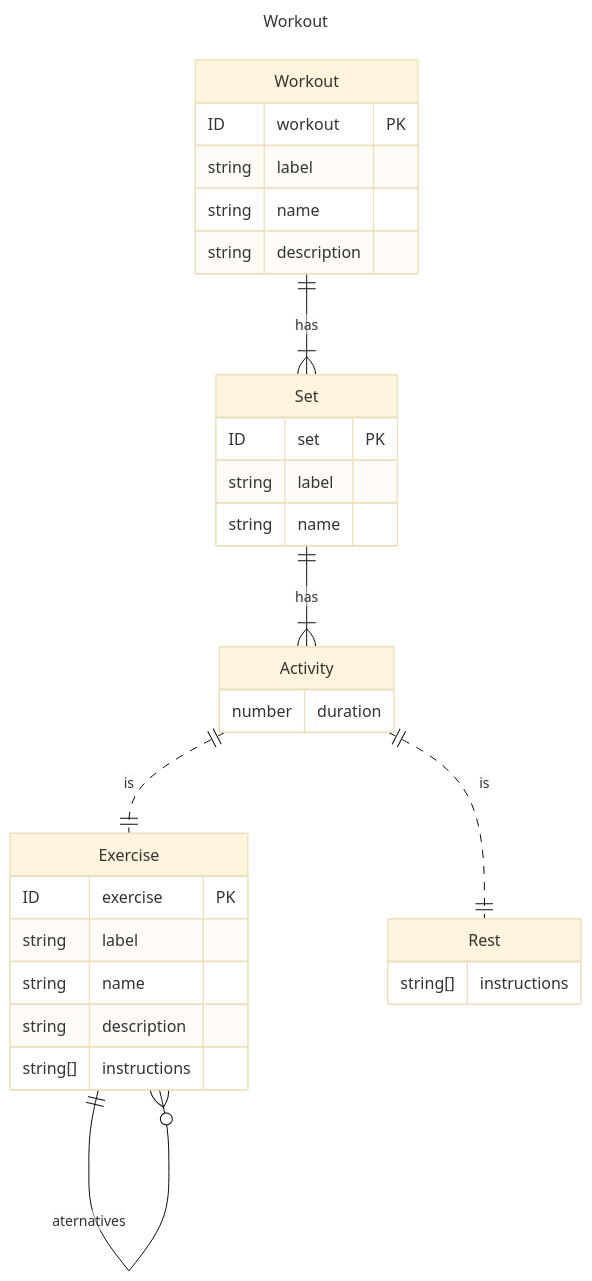
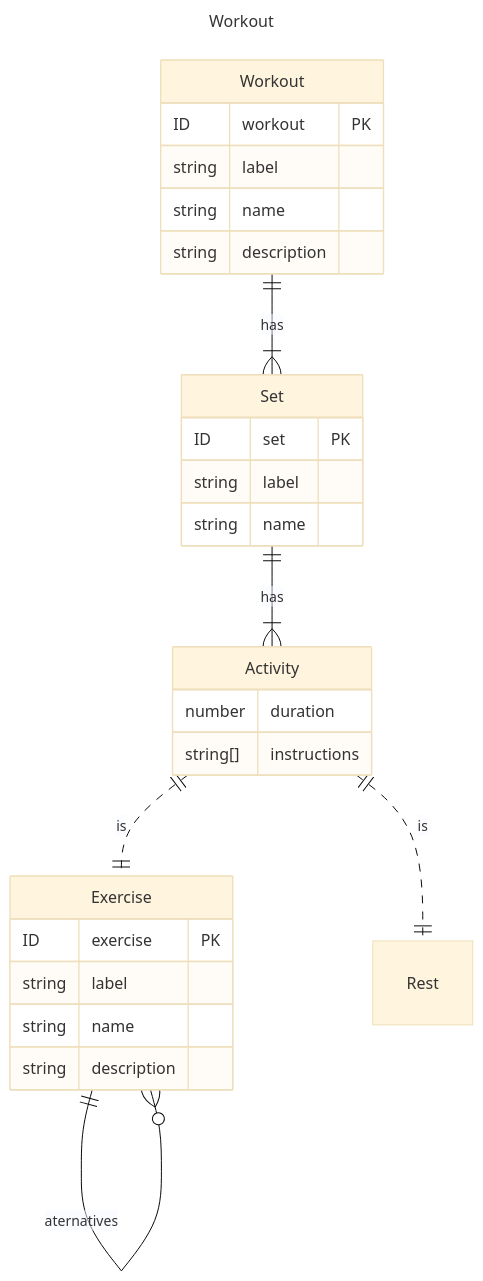
One commit to jmakeig/workout-builder3 changed the diagram in README.md. Above: the diagram before and after it, drawn with Mermaid (base theme).

Commit message:
Puts instructions into Activity

````diff
--- a/README.md
+++ b/README.md
@@ -9,40 +9,38 @@
 ```mermaid
 ---
 title: Workout
 config:
   # layout: elk
   # look: handDrawn
 ---
 
 erDiagram
     Workout {
         ID workout PK
         string label
         string name
         string description
     }
     Set {
         ID set PK
         string label
         string name
     }
     Activity {
         number duration
+        string[] instructions
     }
     Exercise {
         ID exercise PK
         string label
         string name
         string description
-        string[] instructions
     }
-    Rest {
-        string[] instructions
-    }
+    Rest { }
 
     Workout ONE TO ONE OR MORE Set : "has"
     Set ONE TO ONE OR MORE Activity : "has"
     Activity ||..|| Exercise : "is"
     Activity ||..|| Rest : "is"
     Exercise ONE TO ZERO OR MORE Exercise : "aternatives"
 ```
````
